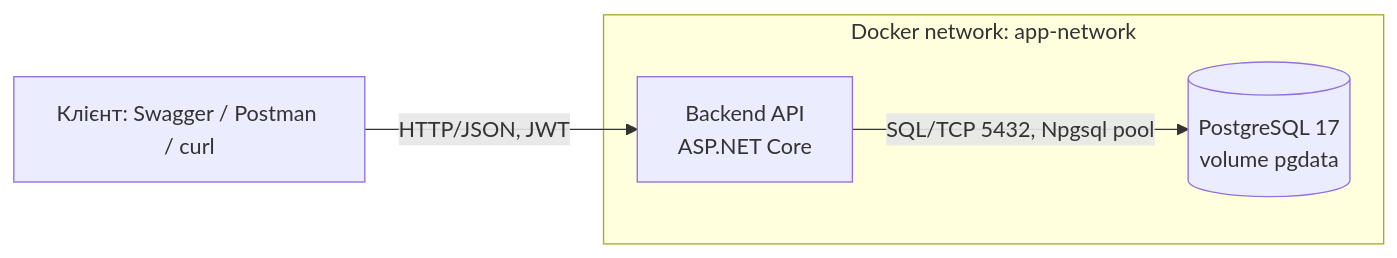
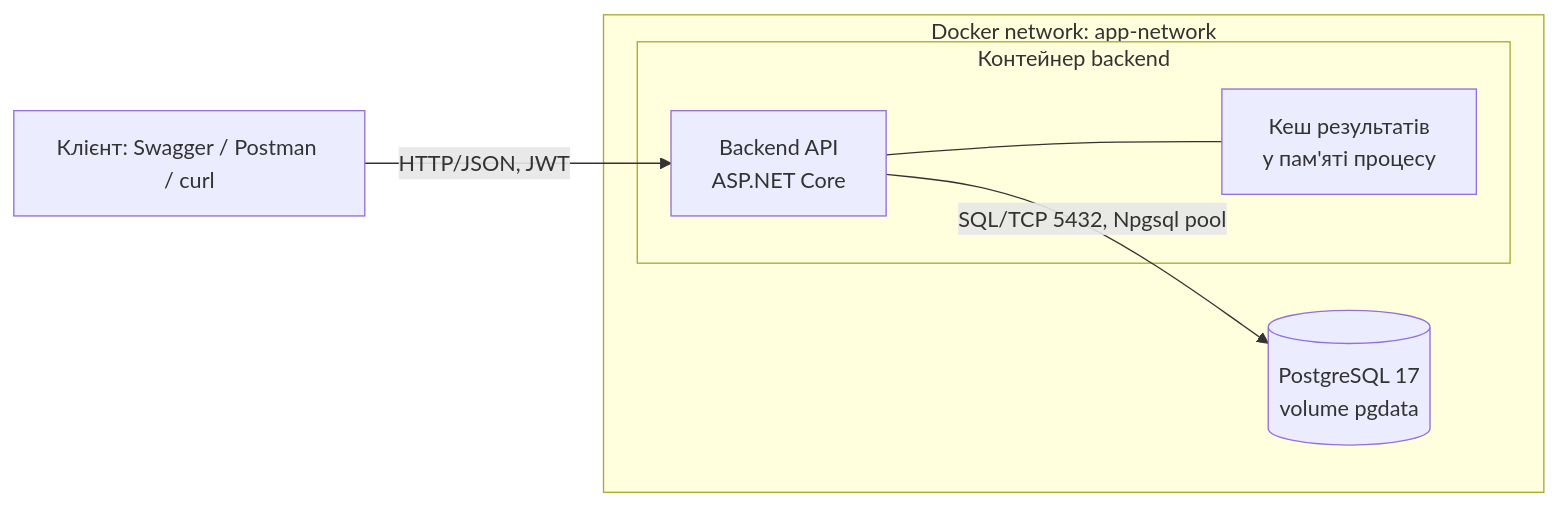
The second of 2 diagrams in README.md (totalbyte/highload-system-practice), drawn with Mermaid before and after one commit. The commit also changed other lines of this file and 24 other files, not shown here.

Commit message:
add lab 1 voting core (vote, results, cache, bottlenecks)

````diff
--- a/README.md
+++ b/README.md
@@ -138,9 +141,13 @@
 ```mermaid
 flowchart LR
-    Client[Клієнт: Swagger / Postman / curl] -->|HTTP/JSON, JWT| API[Backend API<br/>ASP.NET Core]
-    API -->|SQL/TCP 5432, Npgsql pool| DB[(PostgreSQL 17<br/>volume pgdata)]
+    Client[Клієнт: Swagger / Postman / curl] -->|HTTP/JSON, JWT| API
     subgraph app-network [Docker network: app-network]
-        API
-        DB
+        subgraph backend [Контейнер backend]
+            API[Backend API<br/>ASP.NET Core]
+            Cache[Кеш результатів<br/>у пам'яті процесу]
+            API --- Cache
+        end
+        DB[(PostgreSQL 17<br/>volume pgdata)]
     end
+    API -->|SQL/TCP 5432, Npgsql pool| DB
 ```
````
